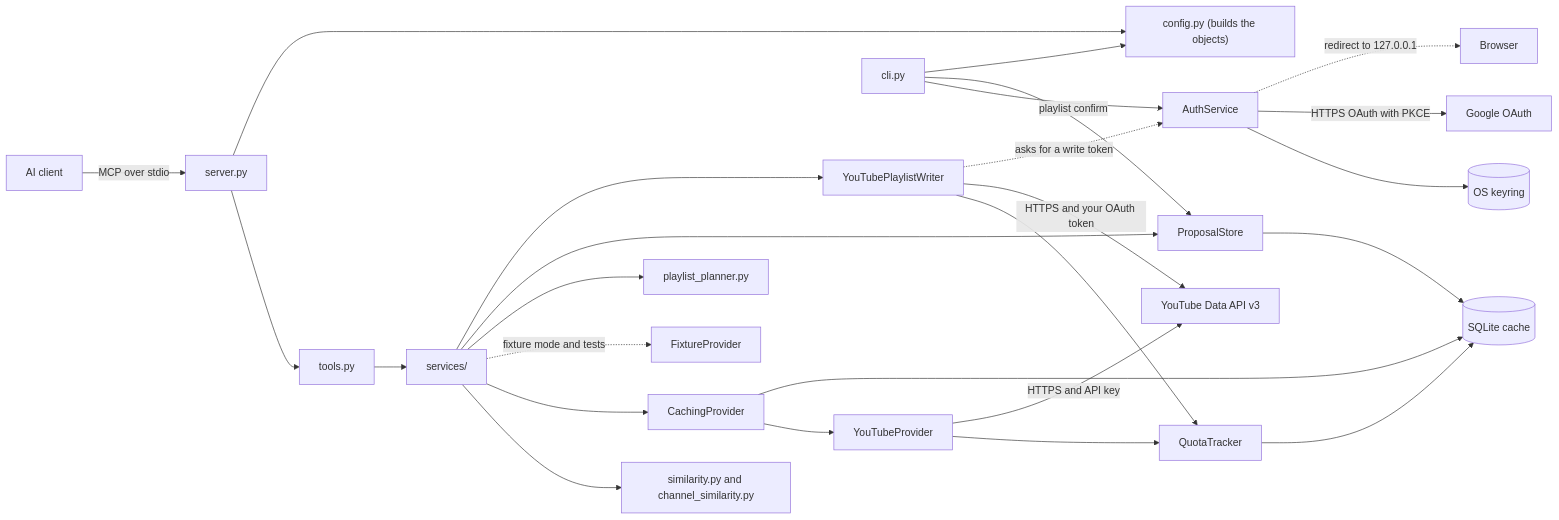
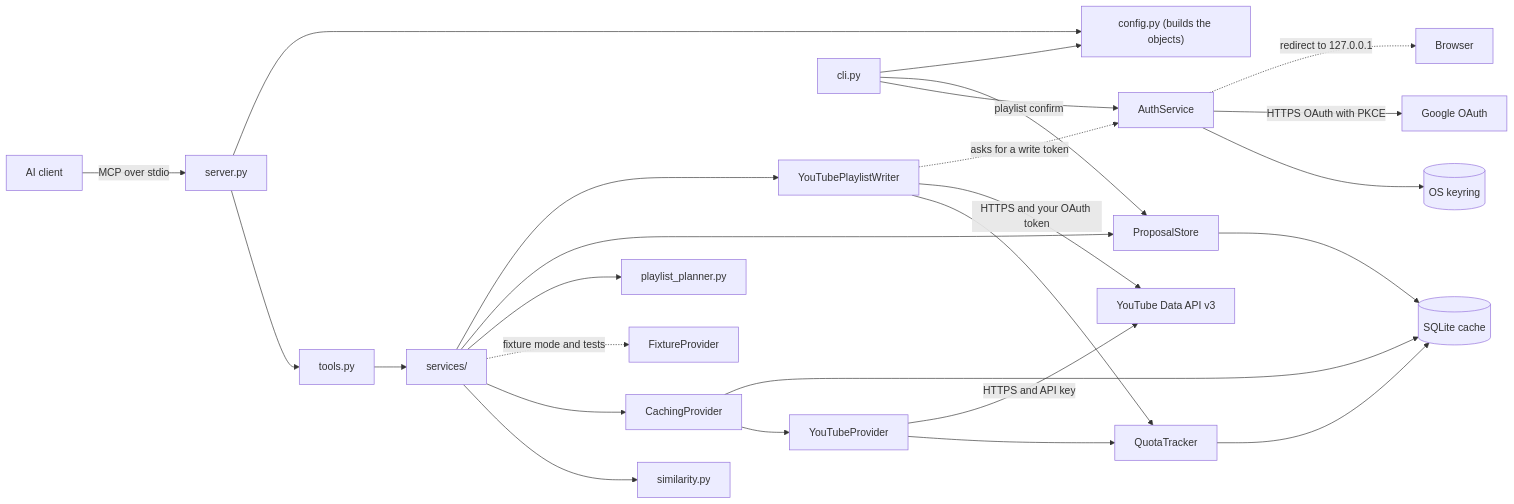
One commit to Chris-ops4573/Youtube_MCP_Server changed the diagram in docs/Areas/Design Components.md. Above: the diagram before and after it, drawn with Mermaid. The commit also changed other lines of this file and 10 other files, not shown here.

Commit message:
refactor: merge channel scoring into similarity.py

````diff
--- a/docs/Areas/Design Components.md
+++ b/docs/Areas/Design Components.md
@@ -9,28 +9,28 @@
 ```mermaid
 flowchart LR
   Client["AI client"] -->|"MCP over stdio"| Server["server.py"]
   Server --> Tools["tools.py"]
   Tools --> Services["services/"]
-  Services --> Sim["similarity.py and channel_similarity.py"]
+  Services --> Sim["similarity.py"]
   Services --> Caching["CachingProvider"]
   Services -.->|"fixture mode and tests"| Fixture["FixtureProvider"]
   Caching --> Live["YouTubeProvider"]
   Caching --> DB[("SQLite cache")]
   Live --> Quota["QuotaTracker"]
   Quota --> DB
   Live -->|"HTTPS and API key"| YT["YouTube Data API v3"]
   CLI["cli.py"] --> Auth["AuthService"]
   Auth --> KR[("OS keyring")]
   Auth -->|"HTTPS OAuth with PKCE"| Google["Google OAuth"]
   Auth -.->|"redirect to 127.0.0.1"| Browser["Browser"]
   Services --> Planner["playlist_planner.py"]
   Services --> Store["ProposalStore"]
   Store --> DB
   Services --> Writer["YouTubePlaylistWriter"]
   Writer --> Quota
   Writer -->|"HTTPS and your OAuth token"| YT
   Writer -.->|"asks for a write token"| Auth
   CLI -->|"playlist confirm"| Store
   Server --> Config["config.py (builds the objects)"]
   CLI --> Config
 ```
````
